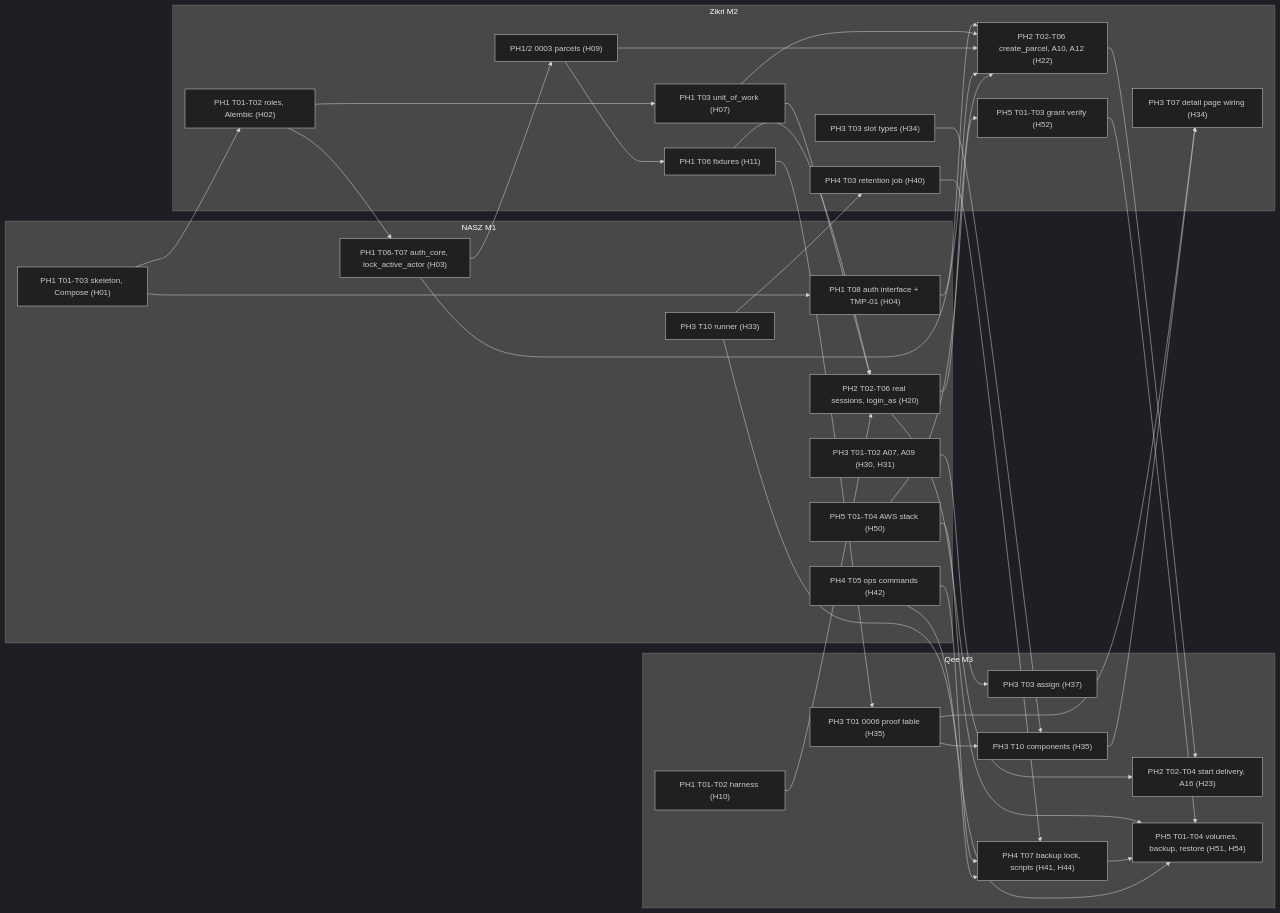
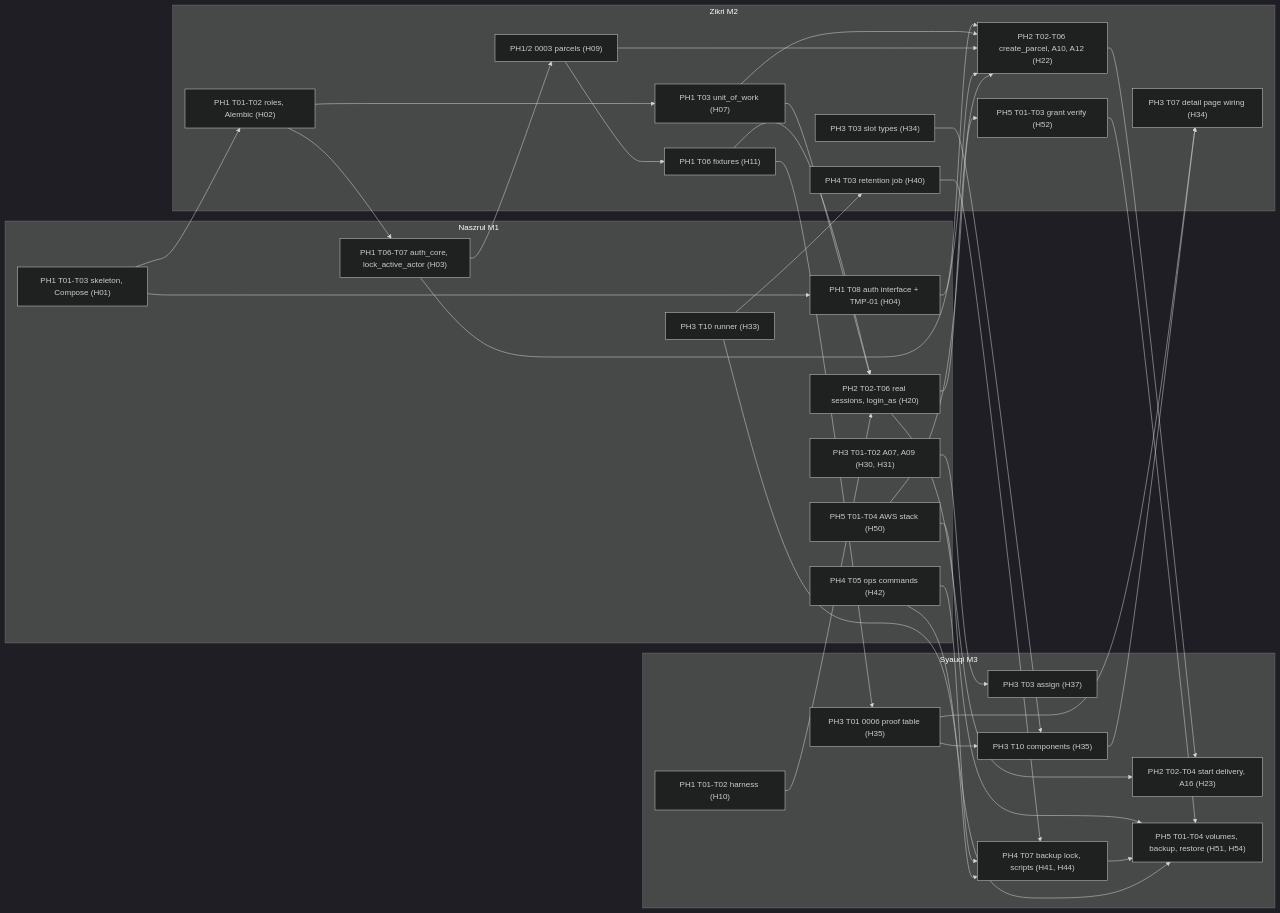
The diagram in docs/shared/dependency-matrix.md (Naszrul-NZL/ParcelTrack-Lite), drawn with Mermaid (dark theme) before and after one commit. The commit also changed other lines of this file and 68 other files, not shown here.

````diff
--- a/docs/shared/dependency-matrix.md
+++ b/docs/shared/dependency-matrix.md
@@ -106,64 +106,64 @@
 ```mermaid
 flowchart LR
-  subgraph NASZ[NASZ M1]
+  subgraph Naszrul[Naszrul M1]
     N1["PH1 T01-T03 skeleton, Compose (H01)"]
     N2["PH1 T06-T07 auth_core, lock_active_actor (H03)"]
     N3["PH1 T08 auth interface + TMP-01 (H04)"]
     N4["PH2 T02-T06 real sessions, login_as (H20)"]
     N5["PH3 T01-T02 A07, A09 (H30, H31)"]
     N6["PH3 T10 runner (H33)"]
     N7["PH4 T05 ops commands (H42)"]
     N8["PH5 T01-T04 AWS stack (H50)"]
   end
   subgraph ZIKRI[Zikri M2]
     Z1["PH1 T01-T02 roles, Alembic (H02)"]
     Z2["PH1 T03 unit_of_work (H07)"]
     Z3["PH1/2 0003 parcels (H09)"]
     Z4["PH1 T06 fixtures (H11)"]
     Z5["PH2 T02-T06 create_parcel, A10, A12 (H22)"]
     Z6["PH3 T03 slot types (H34)"]
     Z6b["PH3 T07 detail page wiring (H34)"]
     Z7["PH4 T03 retention job (H40)"]
     Z8["PH5 T01-T03 grant verify (H52)"]
   end
-  subgraph QEE[Qee M3]
+  subgraph Syauqi[Syauqi M3]
     Q1["PH1 T01-T02 harness (H10)"]
     Q2["PH2 T02-T04 start delivery, A16 (H23)"]
     Q3["PH3 T01 0006 proof table (H35)"]
     Q4["PH3 T03 assign (H37)"]
     Q5["PH3 T10 components (H35)"]
     Q6["PH4 T07 backup lock, scripts (H41, H44)"]
     Q7["PH5 T01-T04 volumes, backup, restore (H51, H54)"]
   end
   N1 --> Z1
   Z1 --> N2
   N2 --> Z3
   Z1 --> Z2
   N1 --> N3
   Z3 --> Z4
   N3 --> Z5
   Z2 --> Z5
   Z3 --> Z5
   N2 --> Z5
   Q1 --> N4
   Z4 --> N4
   Z2 --> N4
   N4 --> Z5
   N4 --> Q2
   Z5 --> Q2
   N5 --> Q4
   Z6 --> Q5
   Q3 --> Z6b
   Q5 --> Z6b
   Z4 --> Q3
   N6 --> Z7
   Q3 --> Q5
   Z7 --> Q6
   N7 --> Q6
   N6 --> Q6
   N8 --> Z8
   N8 --> Q7
   Q6 --> Q7
   N7 --> Q7
   Z8 --> Q7
 ```
````
